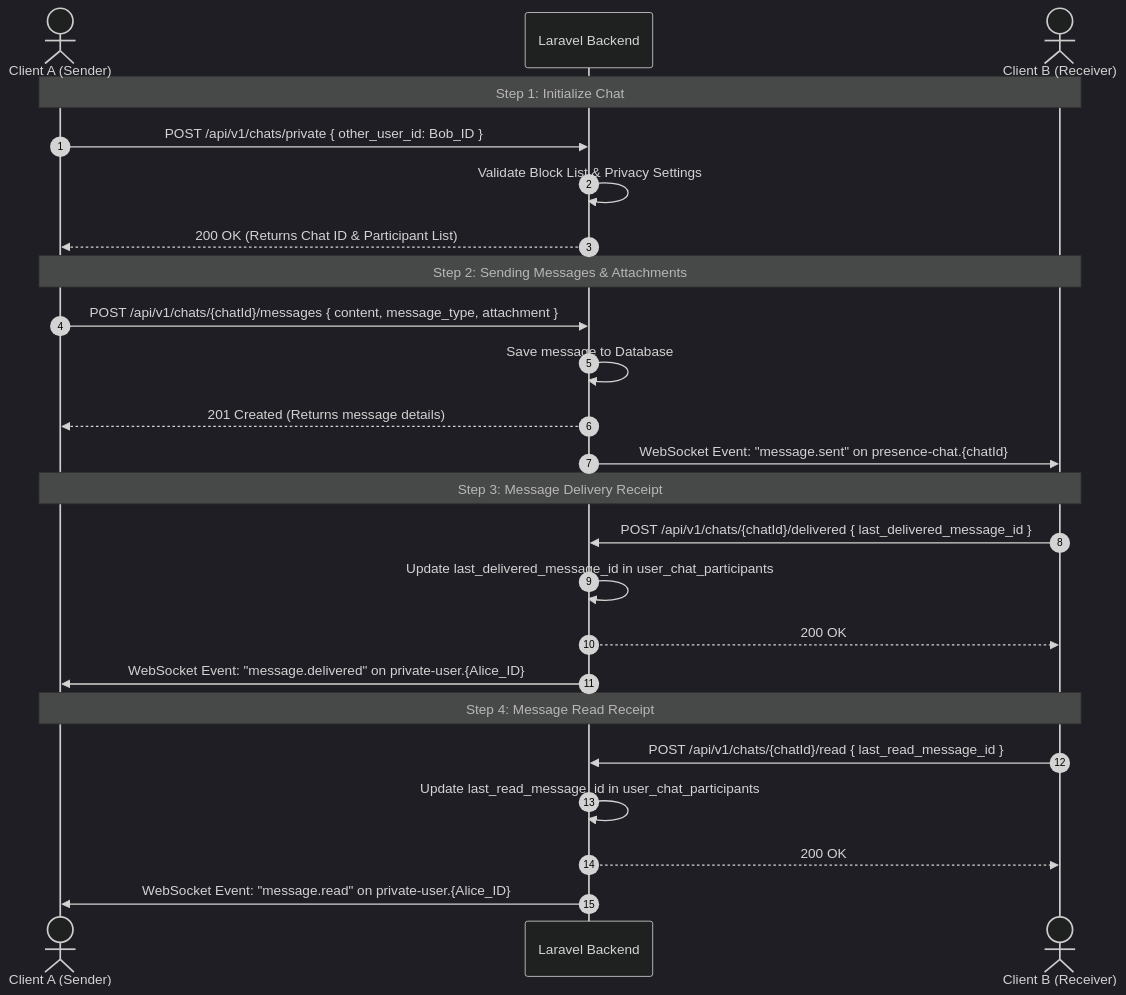
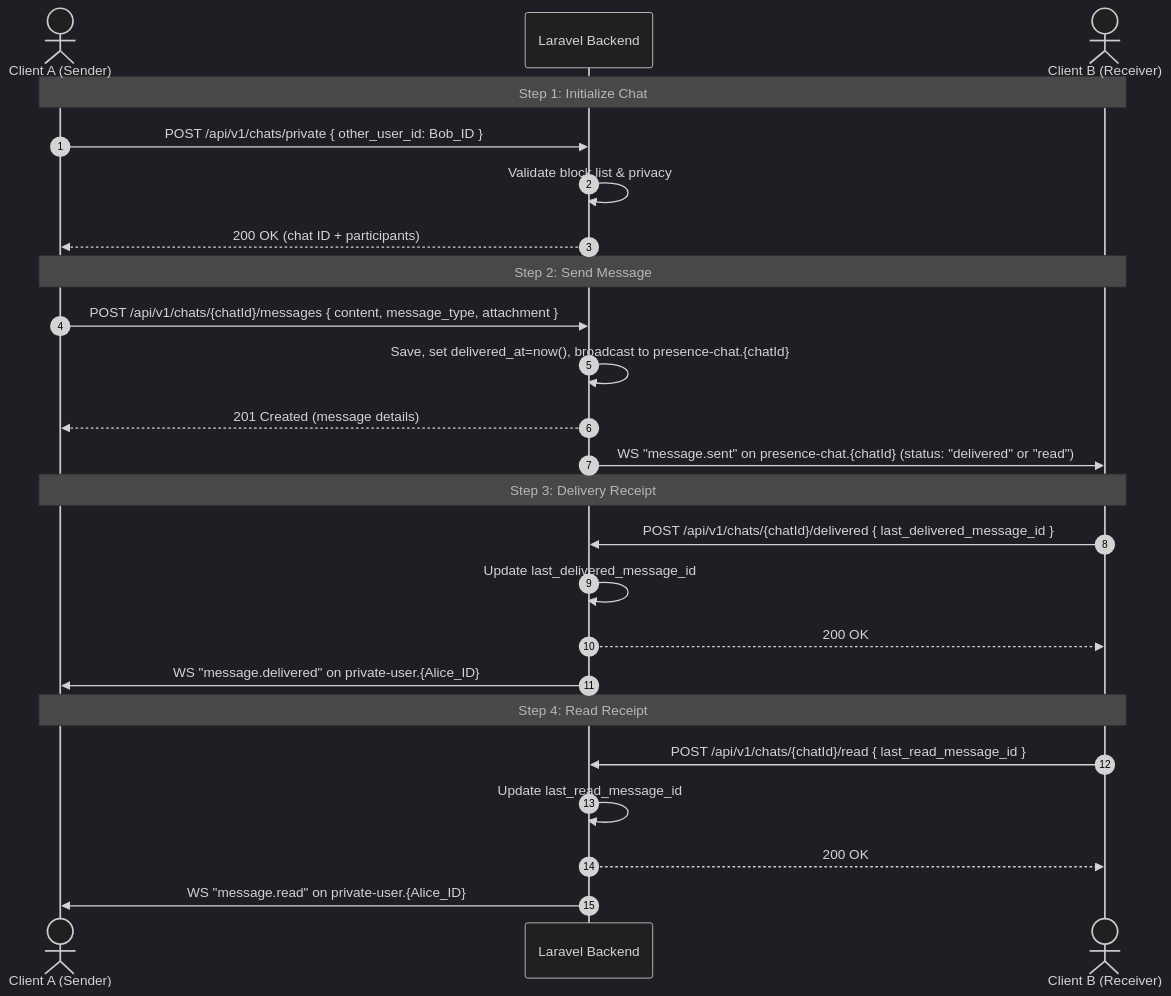
Before and after one commit to digilaravelproject/ivatan: the first of 3 diagrams in docs/realtime_integration_guide.md, drawn with Mermaid (dark theme). The commit also changed other lines of this file, not shown here.

Commit message:
feat: enhance chat system functionality

````diff
--- a/docs/realtime_integration_guide.md
+++ b/docs/realtime_integration_guide.md
@@ -63,30 +75,30 @@
 ```mermaid
 sequenceDiagram
     autonumber
     actor Alice as Client A (Sender)
     participant Server as Laravel Backend
     actor Bob as Client B (Receiver)
 
     Note over Alice, Bob: Step 1: Initialize Chat
     Alice->>Server: POST /api/v1/chats/private { other_user_id: Bob_ID }
-    Server->>Server: Validate Block List & Privacy Settings
-    Server-->>Alice: 200 OK (Returns Chat ID & Participant List)
+    Server->>Server: Validate block list & privacy
+    Server-->>Alice: 200 OK (chat ID + participants)
 
-    Note over Alice, Bob: Step 2: Sending Messages & Attachments
+    Note over Alice, Bob: Step 2: Send Message
     Alice->>Server: POST /api/v1/chats/{chatId}/messages { content, message_type, attachment }
-    Server->>Server: Save message to Database
-    Server-->>Alice: 201 Created (Returns message details)
-    Server->>Bob: WebSocket Event: "message.sent" on presence-chat.{chatId}
+    Server->>Server: Save, set delivered_at=now(), broadcast to presence-chat.{chatId}
+    Server-->>Alice: 201 Created (message details)
+    Server->>Bob: WS "message.sent" on presence-chat.{chatId} (status: "delivered" or "read")
 
-    Note over Alice, Bob: Step 3: Message Delivery Receipt
+    Note over Alice, Bob: Step 3: Delivery Receipt
     Bob->>Server: POST /api/v1/chats/{chatId}/delivered { last_delivered_message_id }
-    Server->>Server: Update last_delivered_message_id in user_chat_participants
+    Server->>Server: Update last_delivered_message_id
     Server-->>Bob: 200 OK
-    Server->>Alice: WebSocket Event: "message.delivered" on private-user.{Alice_ID}
+    Server->>Alice: WS "message.delivered" on private-user.{Alice_ID}
 
-    Note over Alice, Bob: Step 4: Message Read Receipt
+    Note over Alice, Bob: Step 4: Read Receipt
     Bob->>Server: POST /api/v1/chats/{chatId}/read { last_read_message_id }
-    Server->>Server: Update last_read_message_id in user_chat_participants
+    Server->>Server: Update last_read_message_id
     Server-->>Bob: 200 OK
-    Server->>Alice: WebSocket Event: "message.read" on private-user.{Alice_ID}
+    Server->>Alice: WS "message.read" on private-user.{Alice_ID}
 ```
````
